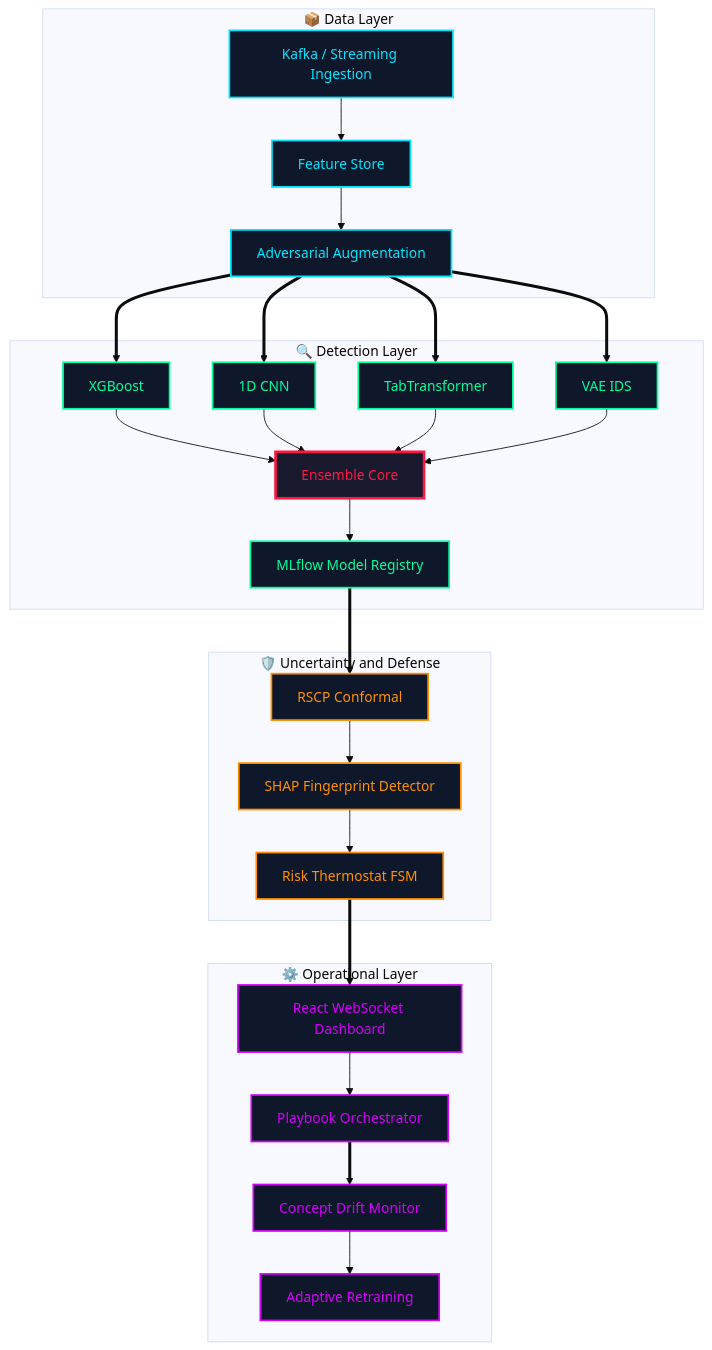
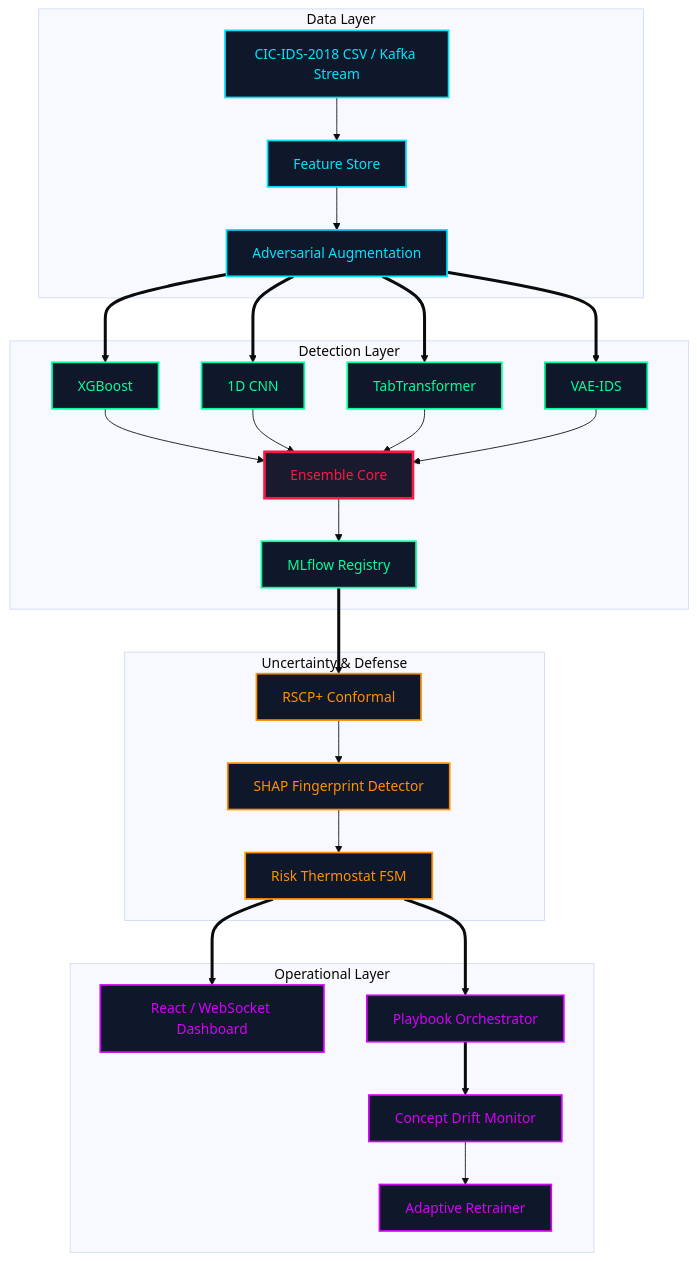
One commit to PSURI1894/Adversarially-resilient-detection-pipelines changed the diagram in README.md. Above: the diagram before and after it, drawn with Mermaid (base theme). The commit also changed other lines of this file, not shown here.

````diff
--- a/README.md
+++ b/README.md
@@ -12,58 +14,42 @@
 ```mermaid
 flowchart TB
 
-%% ================= NEON STYLES =================
-classDef data fill:#0f172a,stroke:#00E5FF,stroke-width:2px,color:#00E5FF;
-classDef detect fill:#0f172a,stroke:#00FF9C,stroke-width:2px,color:#00FF9C;
+classDef data    fill:#0f172a,stroke:#00E5FF,stroke-width:2px,color:#00E5FF;
+classDef detect  fill:#0f172a,stroke:#00FF9C,stroke-width:2px,color:#00FF9C;
 classDef defense fill:#0f172a,stroke:#FF9100,stroke-width:2px,color:#FF9100;
-classDef ops fill:#0f172a,stroke:#D500F9,stroke-width:2px,color:#D500F9;
-classDef highlight fill:#1a1a2e,stroke:#FF1744,stroke-width:3px,color:#FF1744;
+classDef ops     fill:#0f172a,stroke:#D500F9,stroke-width:2px,color:#D500F9;
+classDef core    fill:#1a1a2e,stroke:#FF1744,stroke-width:3px,color:#FF1744;
 
-%% ================= DATA LAYER =================
-subgraph DL[📦 Data Layer]
-    A[Kafka / Streaming Ingestion] --> B[Feature Store] --> C[Adversarial Augmentation]
+subgraph DL[Data Layer]
+    A[CIC-IDS-2018 CSV / Kafka Stream] --> B[Feature Store] --> C[Adversarial Augmentation]
 end
 class A,B,C data
 
-%% ================= DETECTION =================
-subgraph DET[🔍 Detection Layer]
-    D1[XGBoost]
-    D2[1D CNN]
-    D3[TabTransformer]
-    D4[VAE IDS]
-
-    D1 --> E[Ensemble Core]
-    D2 --> E
-    D3 --> E
-    D4 --> E
-
-    E --> F[MLflow Model Registry]
+subgraph DET[Detection Layer]
+    D1[XGBoost] --> E[Ensemble Core]
+    D2[1D CNN]  --> E
+    D3[TabTransformer] --> E
+    D4[VAE-IDS] --> E
+    E --> F[MLflow Registry]
 end
 class D1,D2,D3,D4,E,F detect
+class E core
 
-%% ================= DEFENSE =================
-subgraph DEF[🛡️ Uncertainty and Defense]
-    G[RSCP Conformal] --> H[SHAP Fingerprint Detector] --> I[Risk Thermostat FSM]
+subgraph DEF[Uncertainty & Defense]
+    G[RSCP+ Conformal] --> H[SHAP Fingerprint Detector] --> I[Risk Thermostat FSM]
 end
 class G,H,I defense
 
-%% ================= OPS =================
-subgraph OPS[⚙️ Operational Layer]
-    J[React WebSocket Dashboard] --> K[Playbook Orchestrator]
-    L[Concept Drift Monitor] --> M[Adaptive Retraining]
+subgraph OPS[Operational Layer]
+    J[React / WebSocket Dashboard]
+    K[Playbook Orchestrator]
+    L[Concept Drift Monitor] --> M[Adaptive Retrainer]
 end
 class J,K,L,M ops
 
-%% ================= FLOW =================
-C ==> D1
-C ==> D2
-C ==> D3
-C ==> D4
-
+C ==> D1 & D2 & D3 & D4
 F ==> G
 I ==> J
+I ==> K
 K ==> L
-
-%% highlight core
-class E highlight
 ```
````
